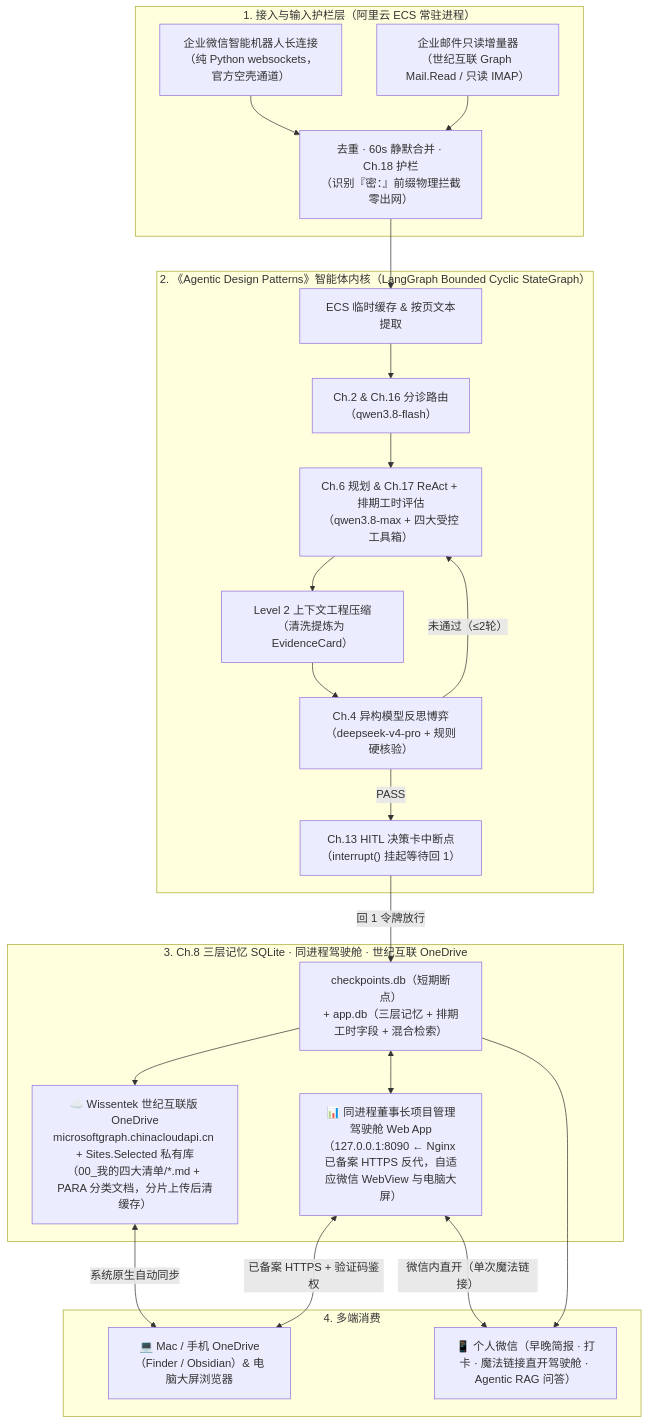
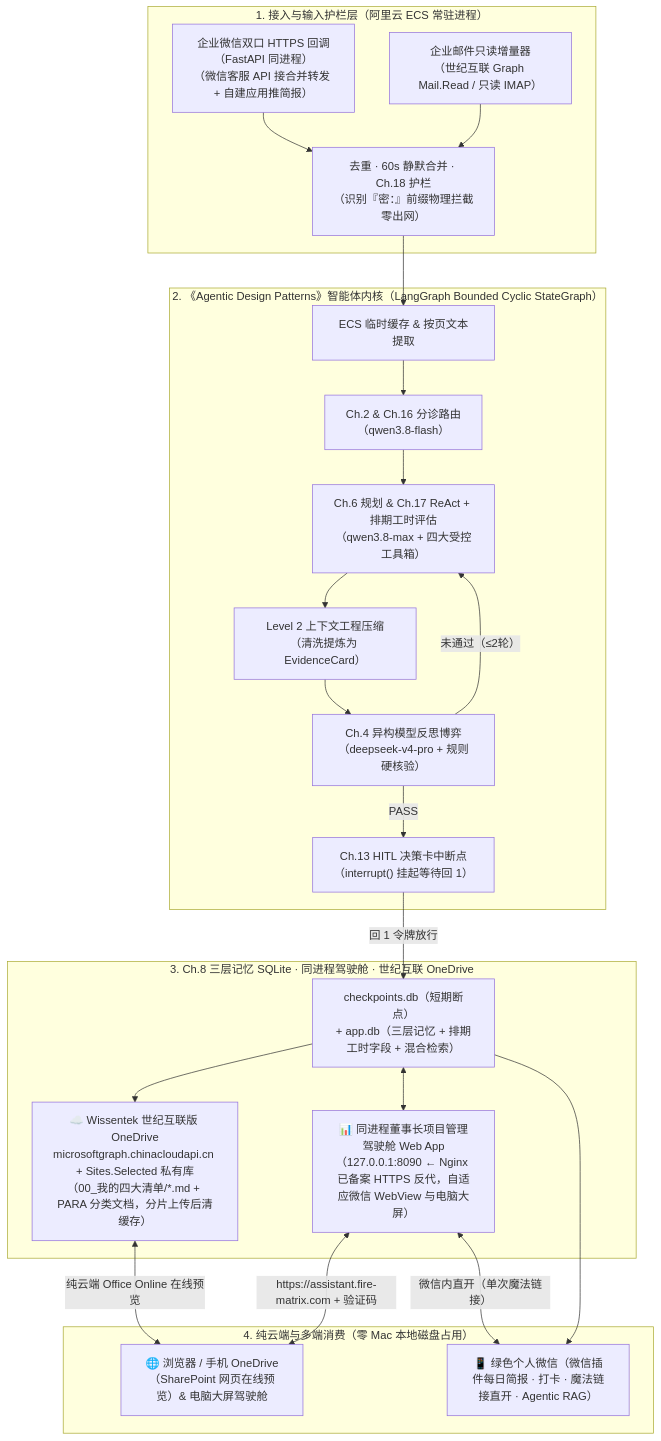
The diagram in wechat_AI_assistant/docs/02-整体架构与SQLite清单及OneDrive归档设计.md (JohnWissentek/agentic_learning), drawn with Mermaid before and after one commit. The commit also changed other lines of this file and 46 other files, not shown here.

````diff
--- a/wechat_AI_assistant/docs/02-整体架构与SQLite清单及OneDrive归档设计.md
+++ b/wechat_AI_assistant/docs/02-整体架构与SQLite清单及OneDrive归档设计.md
@@ -39,40 +39,40 @@
 ```mermaid
 flowchart TB
     subgraph L1["1. 接入与输入护栏层（阿里云 ECS 常驻进程）"]
-        WX["企业微信智能机器人长连接<br/>（纯 Python websockets，官方空壳通道）"]
+        WX["企业微信双口 HTTPS 回调（FastAPI 同进程）<br/>（微信客服 API 接合并转发 + 自建应用推简报）"]
         MAIL["企业邮件只读增量器<br/>（世纪互联 Graph Mail.Read / 只读 IMAP）"]
         BUF["去重 · 60s 静默合并 · Ch.18 护栏<br/>（识别『密：』前缀物理拦截零出网）"]
         WX & MAIL --> BUF
     end
 
     subgraph L2["2. 《Agentic Design Patterns》智能体内核（LangGraph Bounded Cyclic StateGraph）"]
         CACHE["ECS 临时缓存 & 按页文本提取"]
         ROUTE["Ch.2 & Ch.16 分诊路由<br/>（qwen3.8-flash）"]
         REACT["Ch.6 规划 & Ch.17 ReAct + 排期工时评估<br/>（qwen3.8-max + 四大受控工具箱）"]
         CE["Level 2 上下文工程压缩<br/>（清洗提炼为 EvidenceCard）"]
         CRITIC["Ch.4 异构模型反思博弈<br/>（deepseek-v4-pro + 规则硬核验）"]
         CARD["Ch.13 HITL 决策卡中断点<br/>（interrupt() 挂起等待回 1）"]
         BUF --> CACHE --> ROUTE --> REACT --> CE --> CRITIC
         CRITIC -->|"未通过（≤2轮）"| REACT
         CRITIC -->|"PASS"| CARD
     end
 
     subgraph L3["3. Ch.8 三层记忆 SQLite · 同进程驾驶舱 · 世纪互联 OneDrive"]
         SQL["checkpoints.db（短期断点）<br/>+ app.db（三层记忆 + 排期工时字段 + 混合检索）"]
         WEB["📊 同进程董事长项目管理驾驶舱 Web App<br/>（127.0.0.1:8090 ← Nginx 已备案 HTTPS 反代，自适应微信 WebView 与电脑大屏）"]
         OD["☁️ Wissentek 世纪互联版 OneDrive<br/>microsoftgraph.chinacloudapi.cn + Sites.Selected 私有库<br/>（00_我的四大清单/*.md + PARA 分类文档，分片上传后清缓存）"]
         CARD -->|"回 1 令牌放行"| SQL
         SQL <--> WEB
         SQL --> OD
     end
 
-    subgraph L4["4. 多端消费"]
-        MAC["💻 Mac / 手机 OneDrive（Finder / Obsidian）& 电脑大屏浏览器"]
-        WX_R["📱 个人微信（早晚简报 · 打卡 · 魔法链接直开驾驶舱 · Agentic RAG 问答）"]
+    subgraph L4["4. 纯云端与多端消费（零 Mac 本地磁盘占用）"]
+        MAC["🌐 浏览器 / 手机 OneDrive（SharePoint 网页在线预览）& 电脑大屏驾驶舱"]
+        WX_R["📱 绿色个人微信（微信插件每日简报 · 打卡 · 魔法链接直开 · Agentic RAG）"]
     end
 
-    OD <-->|"系统原生自动同步"| MAC
-    WEB <-->|"已备案 HTTPS + 验证码鉴权"| MAC
+    OD <-->|"纯云端 Office Online 在线预览"| MAC
+    WEB <-->|"https://assistant.fire-matrix.com + 验证码"| MAC
     WEB <-->|"微信内直开（单次魔法链接）"| WX_R
     SQL --> WX_R
 ```
````
